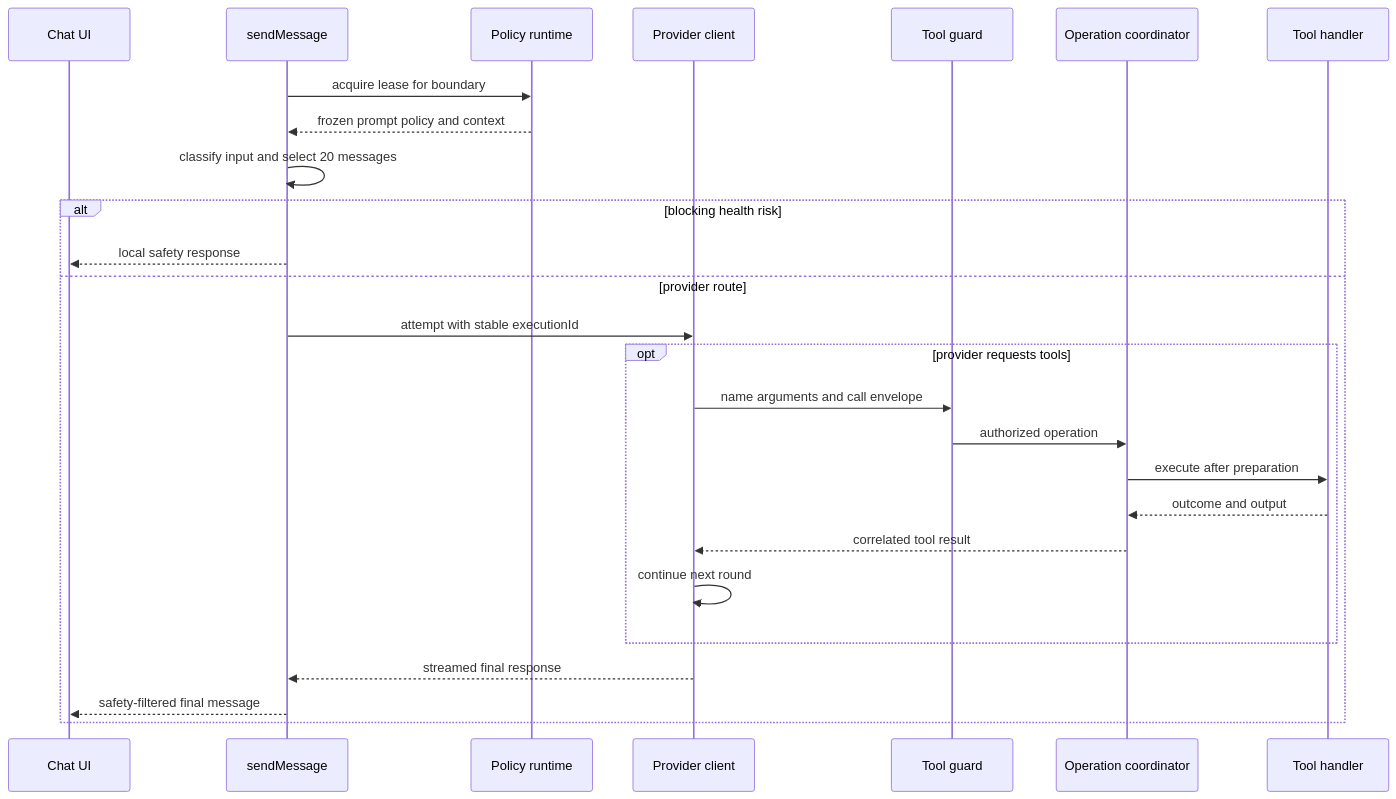
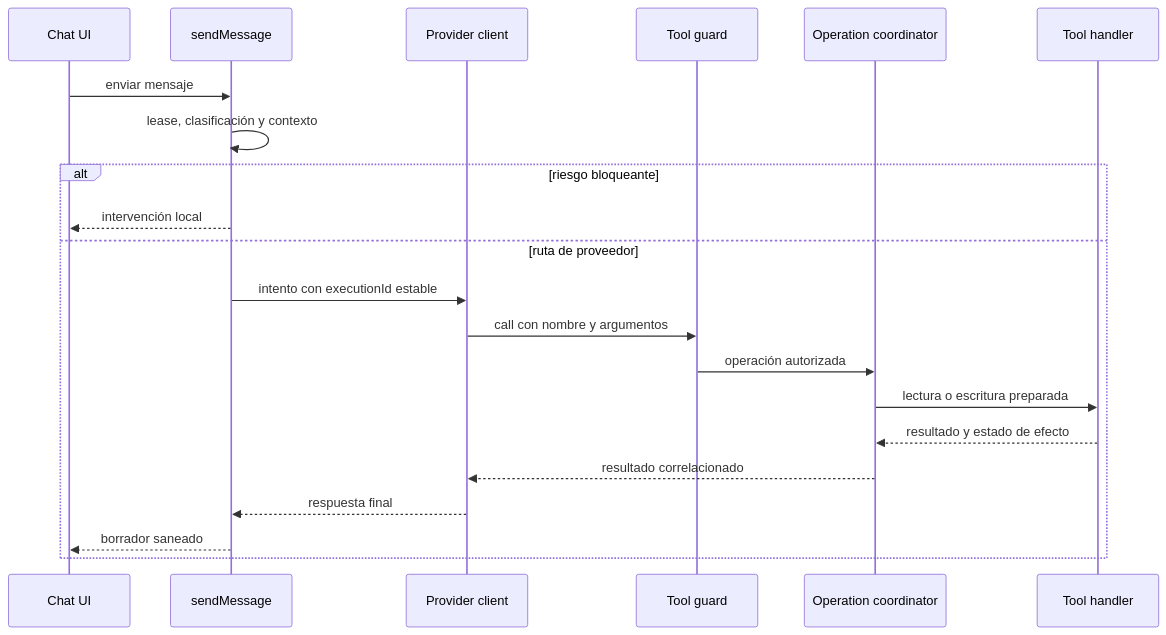
The first of 2 diagrams in openwiki/agent/runtime.md (maximofn/gymnasia), drawn with Mermaid before and after one commit. The commit also changed other lines of this file and 55 other files, not shown here.

````diff
--- a/openwiki/agent/runtime.md
+++ b/openwiki/agent/runtime.md
@@ -101,28 +67,23 @@
 ```mermaid
 sequenceDiagram
     participant UI as Chat UI
     participant App as sendMessage
-    participant Policy as Policy runtime
     participant Provider as Provider client
     participant Guard as Tool guard
     participant Coord as Operation coordinator
     participant Handler as Tool handler
-    App->>Policy: acquire lease for boundary
-    Policy-->>App: frozen prompt policy and context
-    App->>App: classify input and select 20 messages
-    alt blocking health risk
-        App-->>UI: local safety response
-    else provider route
-        App->>Provider: attempt with stable executionId
-        opt provider requests tools
-            Provider->>Guard: name arguments and call envelope
-            Guard->>Coord: authorized operation
-            Coord->>Handler: execute after preparation
-            Handler-->>Coord: outcome and output
-            Coord-->>Provider: correlated tool result
-            Provider->>Provider: continue next round
-        end
-        Provider-->>App: streamed final response
-        App-->>UI: safety-filtered final message
+    UI->>App: enviar mensaje
+    App->>App: lease, clasificación y contexto
+    alt riesgo bloqueante
+        App-->>UI: intervención local
+    else ruta de proveedor
+        App->>Provider: intento con executionId estable
+        Provider->>Guard: call con nombre y argumentos
+        Guard->>Coord: operación autorizada
+        Coord->>Handler: lectura o escritura preparada
+        Handler-->>Coord: resultado y estado de efecto
+        Coord-->>Provider: resultado correlacionado
+        Provider-->>App: respuesta final
+        App-->>UI: borrador saneado
     end
 ```
````
